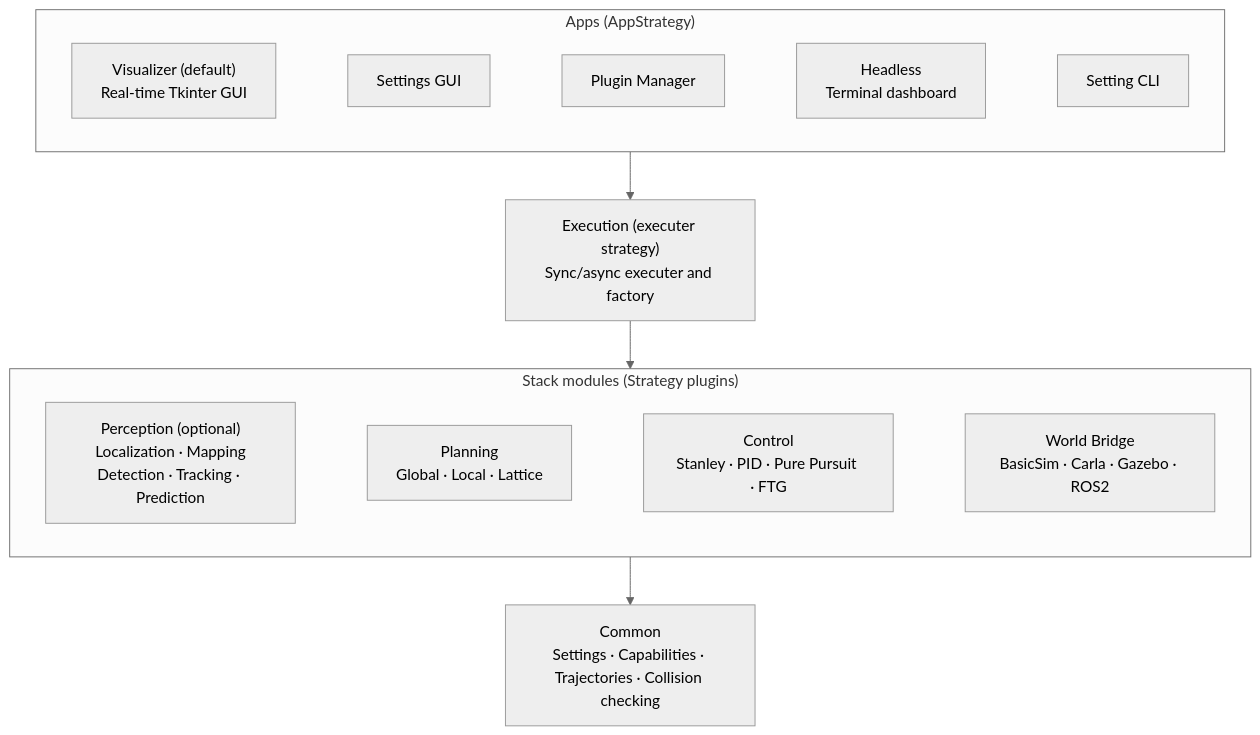
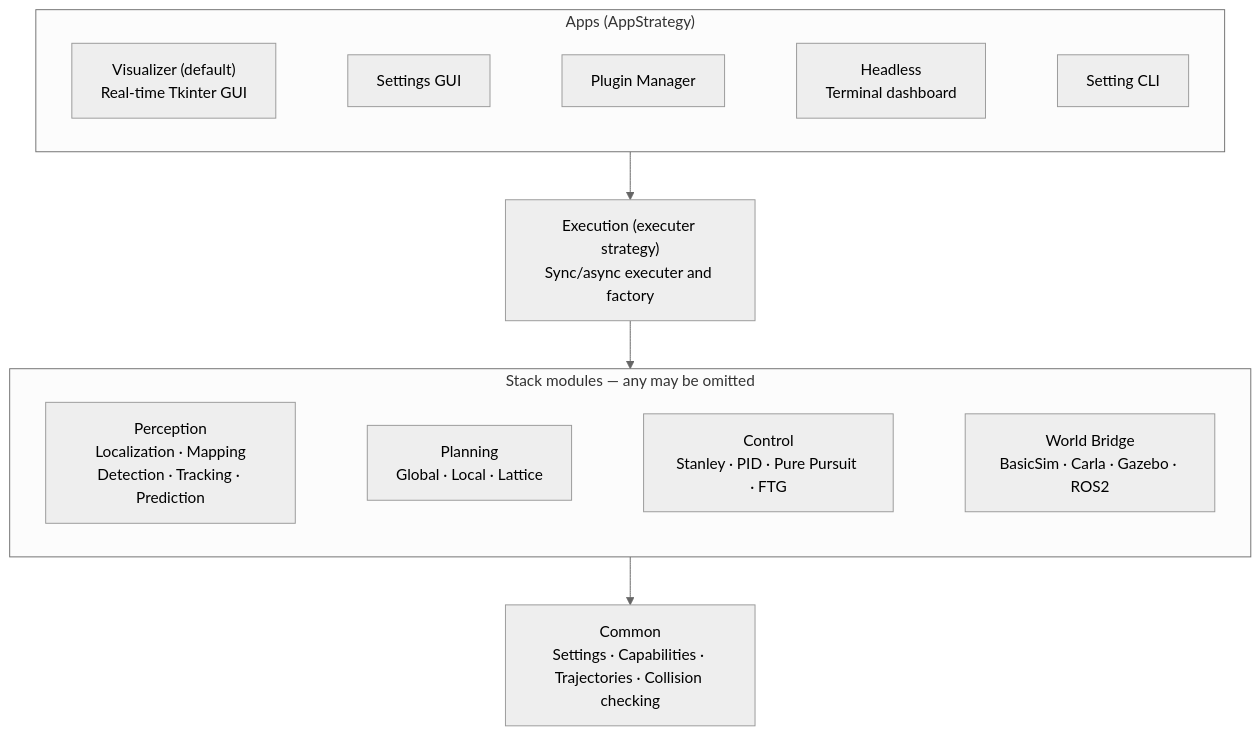
One commit to AV-Lab/avlite changed the first of 2 diagrams in docs/architecture.md. Above: the diagram before and after it, drawn with Mermaid (neutral theme). The commit also changed other lines of this file and 25 other files, not shown here.

Commit message:
Release 0.5.1: harvest stack_event from perceive/control, and add Execution Tasks plus Community Plugins docs.

````diff
--- a/docs/architecture.md
+++ b/docs/architecture.md
@@ -7,29 +18,29 @@
 ```mermaid
 flowchart TB
     subgraph ENTRY["Apps (AppStrategy)"]
         direction LR
         VIZ["Visualizer (default)\nReal-time Tkinter GUI"]
         SET["Settings GUI"]
         PLG["Plugin Manager"]
         HL["Headless\nTerminal dashboard"]
         SCLI["Setting CLI"]
         VIZ ~~~ SET ~~~ PLG ~~~ HL ~~~ SCLI
     end
 
     EXEC["Execution (executer strategy)\nSync/async executer and factory"]
 
-    subgraph COMPONENTS["Stack modules (Strategy plugins)"]
+    subgraph COMPONENTS["Stack modules — any may be omitted"]
         direction LR
-        PERC["Perception (optional)\nLocalization · Mapping\nDetection · Tracking · Prediction"]
+        PERC["Perception\nLocalization · Mapping\nDetection · Tracking · Prediction"]
         PLAN["Planning\nGlobal · Local · Lattice"]
         CTRL["Control\nStanley · PID · Pure Pursuit · FTG"]
         WB["World Bridge\nBasicSim · Carla · Gazebo · ROS2"]
         PERC ~~~ PLAN ~~~ CTRL ~~~ WB
     end
 
     COMMON["Common\nSettings · Capabilities · Trajectories · Collision checking"]
 
     ENTRY --> EXEC
     EXEC --> COMPONENTS
     COMPONENTS --> COMMON
 ```
````
